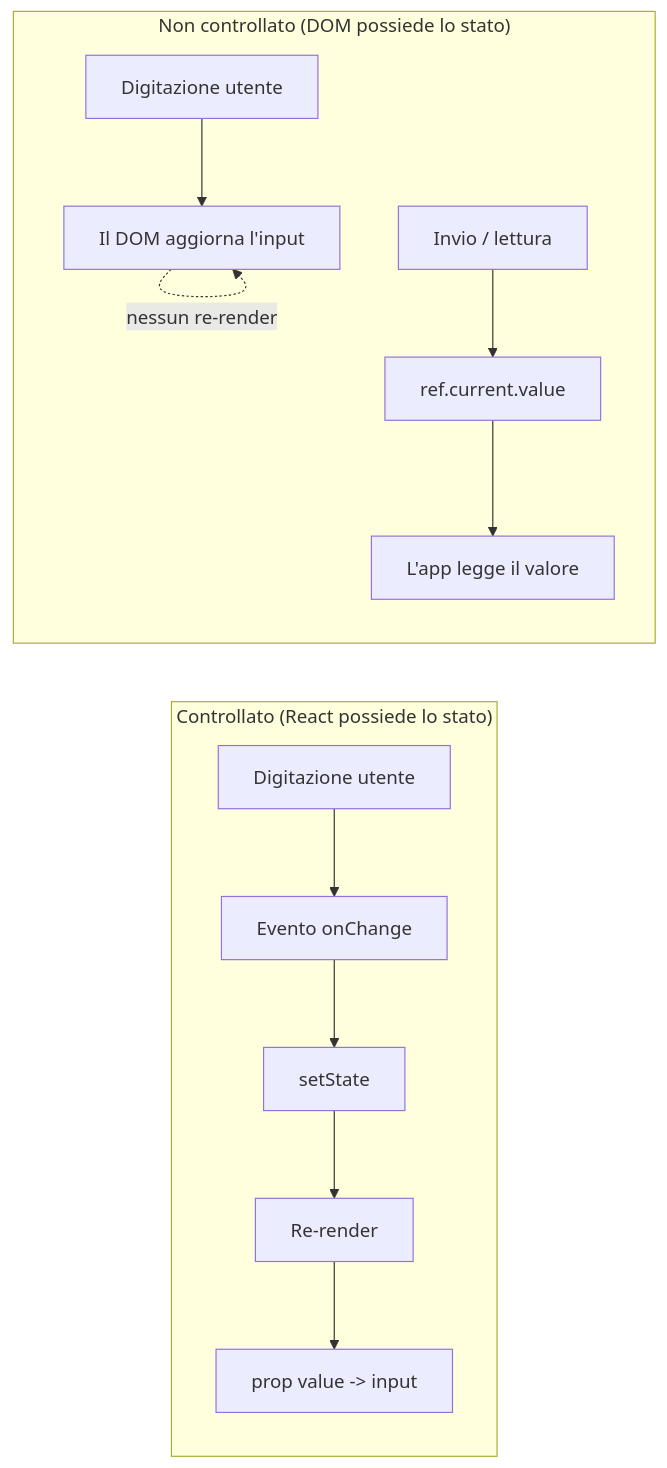
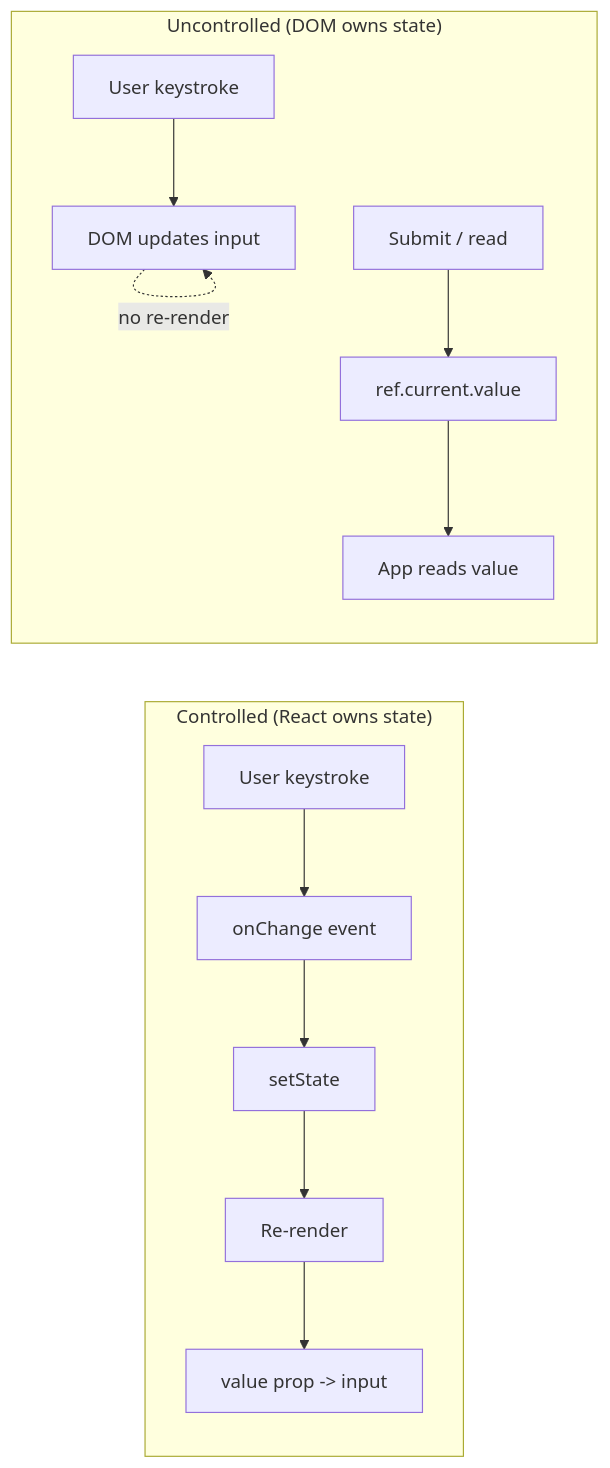
The second of 5 diagrams in arguments/chapters/it/08-forms-and-validations.md (BabaScience/react-guides), drawn with Mermaid before and after one commit. The commit also changed other lines of this file and 29 other files, not shown here.

First line of the commit message:
Bring React FR/IT translations to full English parity + theme-safe diagrams

````diff
--- a/arguments/chapters/it/08-forms-and-validations.md
+++ b/arguments/chapters/it/08-forms-and-validations.md
@@ -61,18 +283,18 @@
 ```mermaid
 flowchart LR
-    subgraph Controlled["Controllato (React possiede lo stato)"]
+    subgraph Controlled["Controlled (React owns state)"]
         direction TB
-        U1["Digitazione utente"] --> E1["Evento onChange"]
+        U1["User keystroke"] --> E1["onChange event"]
         E1 --> S1["setState"]
         S1 --> R1["Re-render"]
-        R1 --> V1["prop value -> input"]
+        R1 --> V1["value prop -> input"]
     end
 
-    subgraph Uncontrolled["Non controllato (DOM possiede lo stato)"]
+    subgraph Uncontrolled["Uncontrolled (DOM owns state)"]
         direction TB
-        U2["Digitazione utente"] --> D2["Il DOM aggiorna l'input"]
-        D2 -.->|"nessun re-render"| D2
-        SB["Invio / lettura"] --> RF["ref.current.value"]
-        RF --> APP["L'app legge il valore"]
+        U2["User keystroke"] --> D2["DOM updates input"]
+        D2 -.->|"no re-render"| D2
+        SB["Submit / read"] --> RF["ref.current.value"]
+        RF --> APP["App reads value"]
     end
 ```
````
